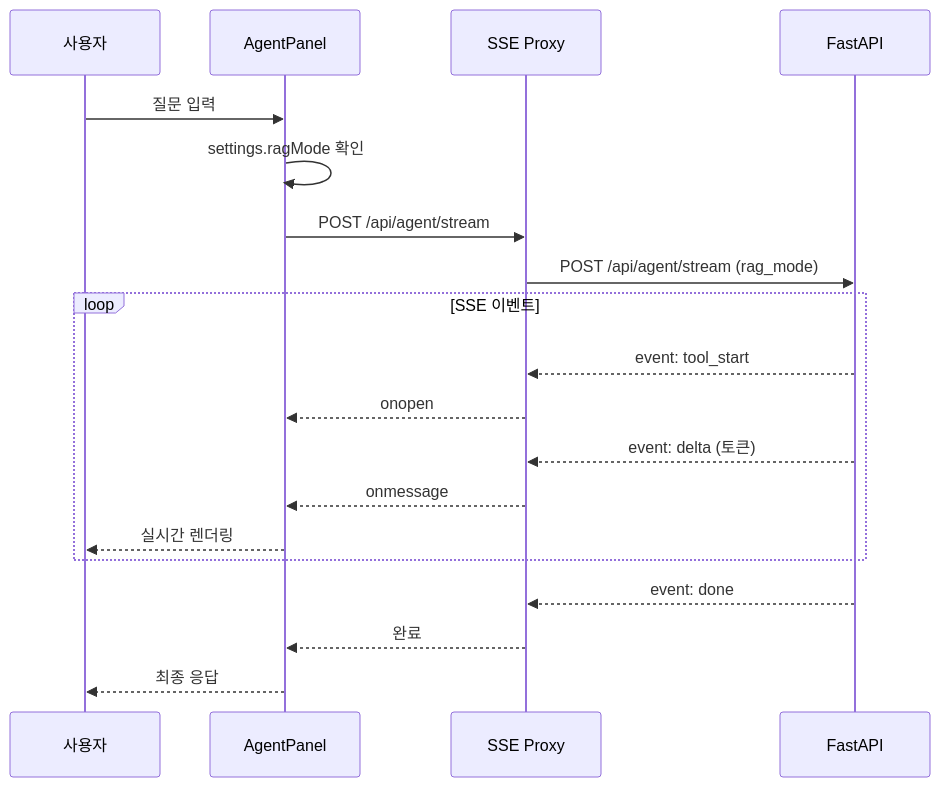
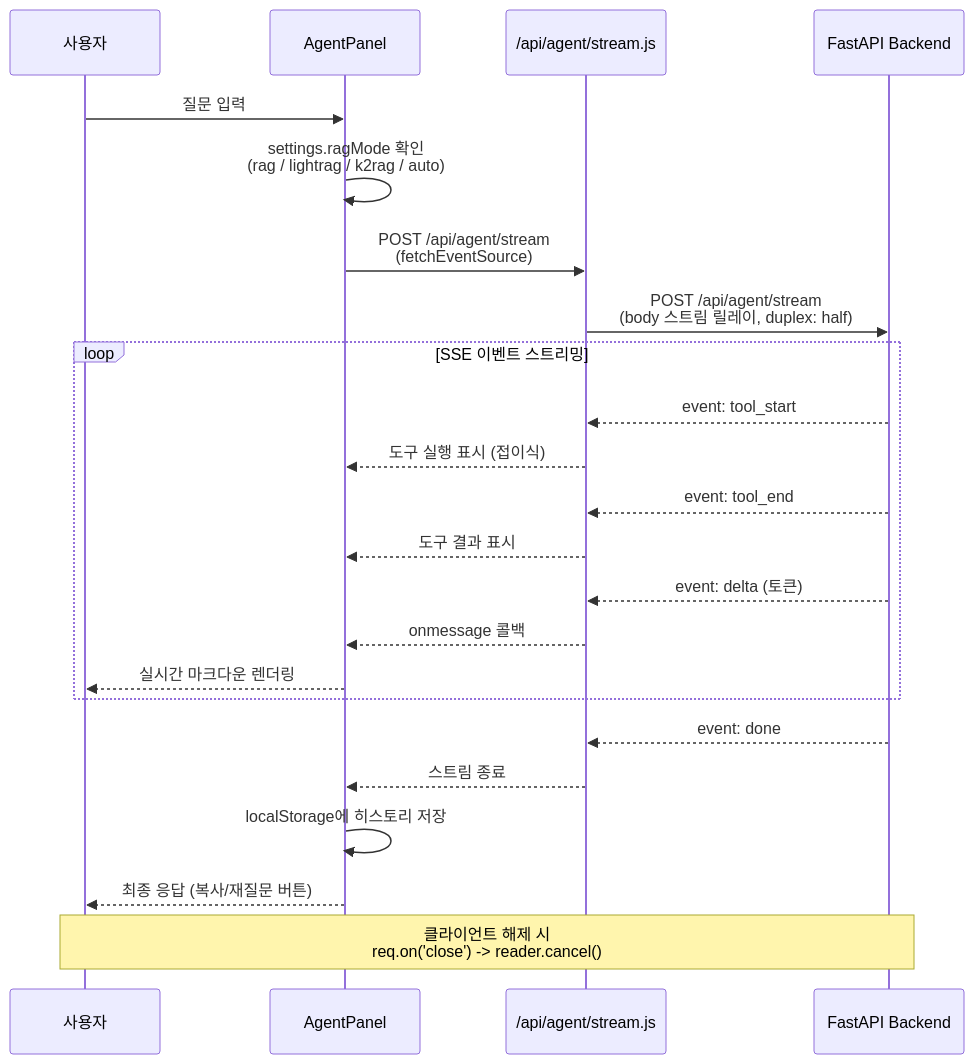
One commit to ASNGG/cafe24-demo changed the seventh of 8 diagrams in nextjs/README.md. Above: the diagram before and after it, drawn with Mermaid. The commit also changed other lines of this file and 5 other files, not shown here.

````diff
--- a/nextjs/README.md
+++ b/nextjs/README.md
@@ -887,24 +1181,29 @@
 ```mermaid
 sequenceDiagram
     participant User as 사용자
     participant Panel as AgentPanel
-    participant Proxy as SSE Proxy
-    participant Backend as FastAPI
+    participant Proxy as /api/agent/stream.js
+    participant Backend as FastAPI Backend
 
     User->>Panel: 질문 입력
-    Panel->>Panel: settings.ragMode 확인
-    Panel->>Proxy: POST /api/agent/stream
-    Proxy->>Backend: POST /api/agent/stream (rag_mode)
+    Panel->>Panel: settings.ragMode 확인<br/>(rag / lightrag / k2rag / auto)
+    Panel->>Proxy: POST /api/agent/stream<br/>(fetchEventSource)
+    Proxy->>Backend: POST /api/agent/stream<br/>(body 스트림 릴레이, duplex: half)
 
-    loop SSE 이벤트
+    loop SSE 이벤트 스트리밍
         Backend-->>Proxy: event: tool_start
-        Proxy-->>Panel: onopen
+        Proxy-->>Panel: 도구 실행 표시 (접이식)
+        Backend-->>Proxy: event: tool_end
+        Proxy-->>Panel: 도구 결과 표시
         Backend-->>Proxy: event: delta (토큰)
-        Proxy-->>Panel: onmessage
-        Panel-->>User: 실시간 렌더링
+        Proxy-->>Panel: onmessage 콜백
+        Panel-->>User: 실시간 마크다운 렌더링
     end
 
     Backend-->>Proxy: event: done
-    Proxy-->>Panel: 완료
-    Panel-->>User: 최종 응답
+    Proxy-->>Panel: 스트림 종료
+    Panel->>Panel: localStorage에 히스토리 저장
+    Panel-->>User: 최종 응답 (복사/재질문 버튼)
+
+    Note over User,Backend: 클라이언트 해제 시<br/>req.on('close') -> reader.cancel()
 ```
````
